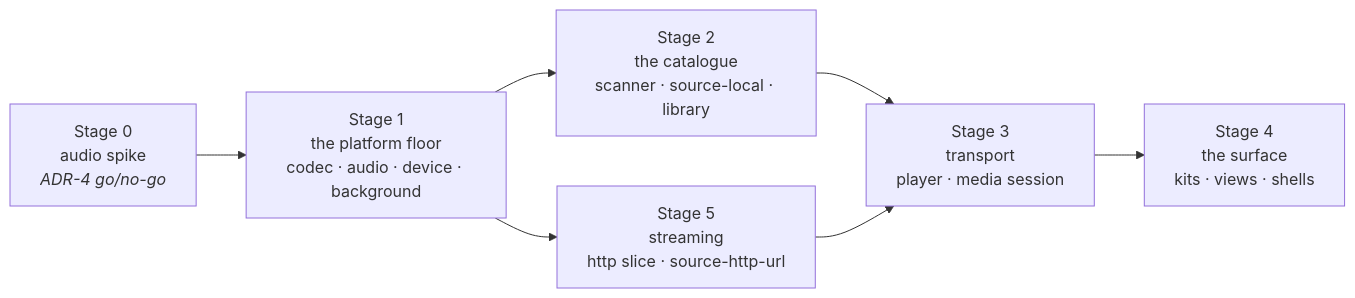
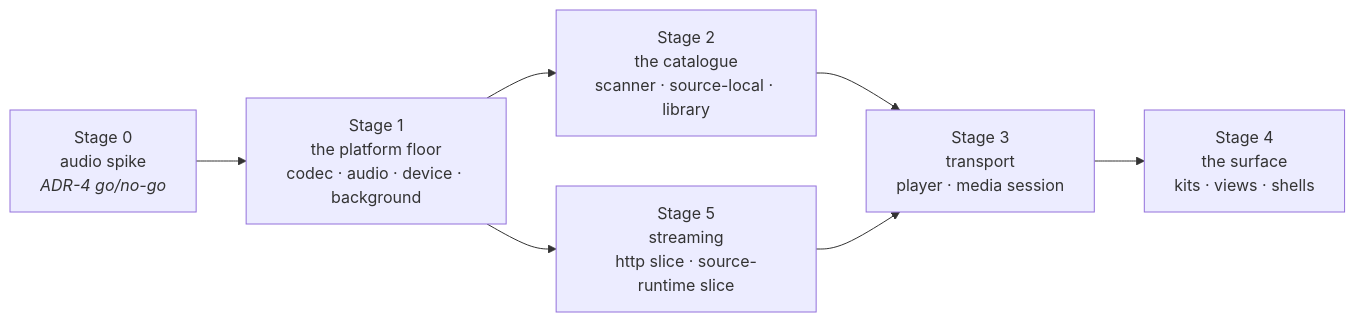
One commit to BBeBeeX/B_Be_Bee_X changed the second of 3 diagrams in docs/11-roadmap-M1.md. Above: the diagram before and after it, drawn with Mermaid. The commit also changed other lines of this file and 11 other files, not shown here.

First line of the commit message:
Refine M1 roadmap and documentation for music sources

````diff
--- a/docs/11-roadmap-M1.md
+++ b/docs/11-roadmap-M1.md
@@ -227,9 +249,9 @@
 ```mermaid
 flowchart LR
     S0["Stage 0<br/>audio spike<br/><i>ADR-4 go/no-go</i>"] --> S1["Stage 1<br/>the platform floor<br/>codec · audio · device · background"]
     S1 --> S2["Stage 2<br/>the catalogue<br/>scanner · source-local · library"]
-    S1 --> S5["Stage 5<br/>streaming<br/>http slice · source-http-url"]
+    S1 --> S5["Stage 5<br/>streaming<br/>http slice · source-runtime slice"]
     S2 --> S3["Stage 3<br/>transport<br/>player · media session"]
     S5 --> S3
     S3 --> S4["Stage 4<br/>the surface<br/>kits · views · shells"]
 ```
````
